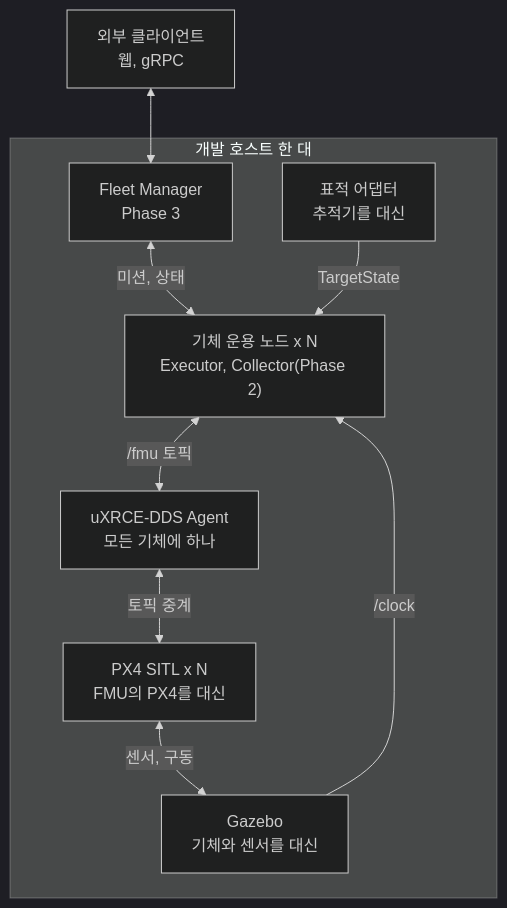
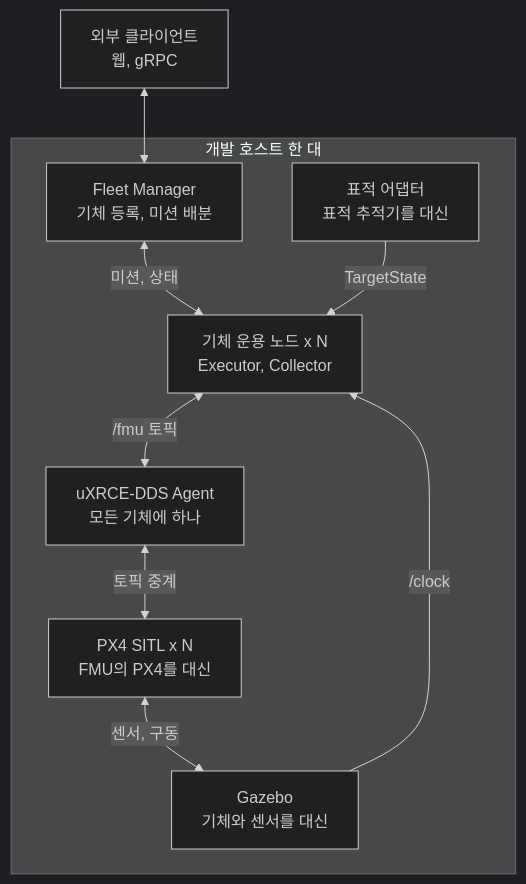
One commit to danielhongwoo/idsim changed the second of 9 diagrams in docs/architecture.md. Above: the diagram before and after it, drawn with Mermaid (dark theme). The commit also changed other lines of this file, not shown here.

First line of the commit message:
전체 아키텍처 절의 그림에서 Phase 문구를 지우고 추적기를 표적 추적기로 쓴다

````diff
--- a/docs/architecture.md
+++ b/docs/architecture.md
@@ -66,19 +66,19 @@
 ```mermaid
 flowchart TB
   EXT["외부 클라이언트<br/>웹, gRPC"]
   subgraph HOST["개발 호스트 한 대"]
-    FM["Fleet Manager<br/>Phase 3"]
-    OPS["기체 운용 노드 x N<br/>Executor, Collector(Phase 2)"]
+    FM["Fleet Manager<br/>기체 등록, 미션 배분"]
+    OPS["기체 운용 노드 x N<br/>Executor, Collector"]
     AG["uXRCE-DDS Agent<br/>모든 기체에 하나"]
     PX["PX4 SITL x N<br/>FMU의 PX4를 대신"]
     GZ["Gazebo<br/>기체와 센서를 대신"]
-    TP["표적 어댑터<br/>추적기를 대신"]
+    TP["표적 어댑터<br/>표적 추적기를 대신"]
   end
   EXT <--> FM
   FM <-->|"미션, 상태"| OPS
   OPS <-->|"/fmu 토픽"| AG
   AG <-->|"토픽 중계"| PX
   PX <-->|"센서, 구동"| GZ
   GZ -->|"/clock"| OPS
   TP -->|"TargetState"| OPS
 ```
````
